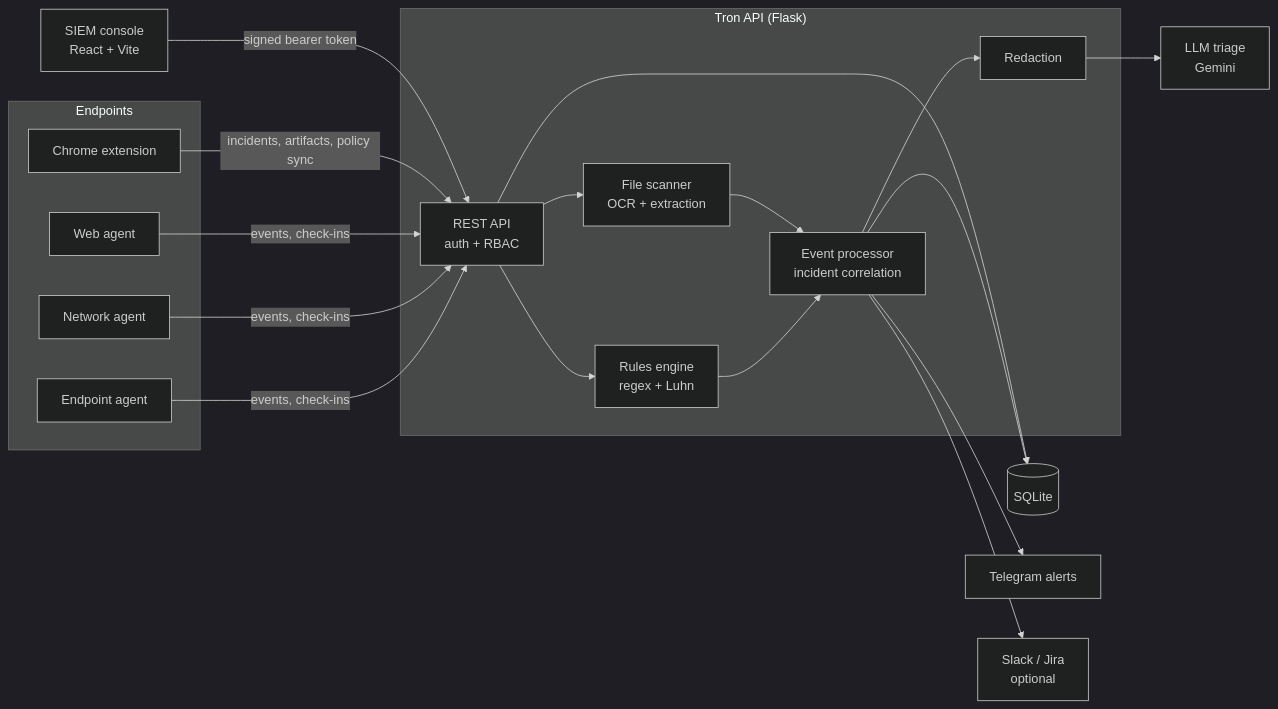
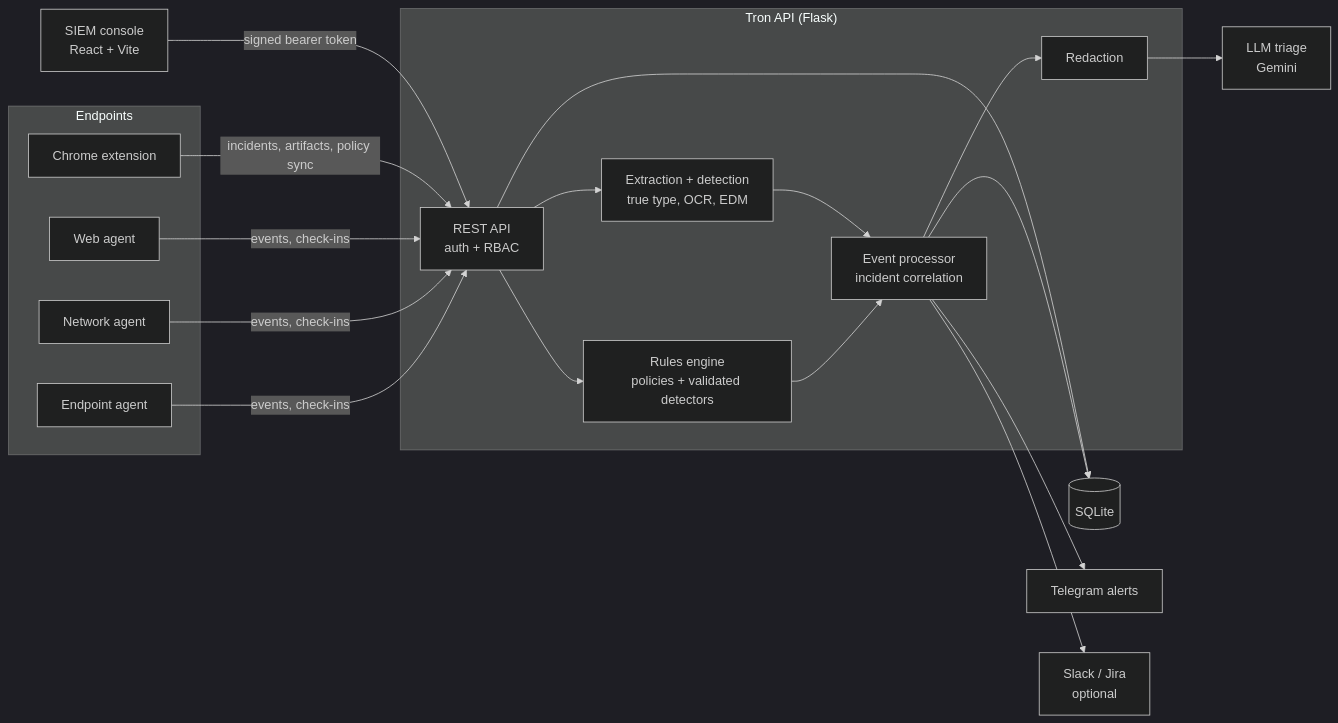
The diagram in README.md (Kathan2004/Tron-the-DLP-Agent), drawn with Mermaid (dark theme) before and after one commit. The commit also changed other lines of this file and 31 other files, not shown here.

````diff
--- a/README.md
+++ b/README.md
@@ -50,34 +64,34 @@
 ```mermaid
 flowchart LR
     subgraph Endpoints
         EA[Endpoint agent]
         NA[Network agent]
         WA[Web agent]
         EXT[Chrome extension]
     end
 
     subgraph Server["Tron API (Flask)"]
         API[REST API<br/>auth + RBAC]
-        RE[Rules engine<br/>regex + Luhn]
-        FS[File scanner<br/>OCR + extraction]
+        RE[Rules engine<br/>policies + validated detectors]
+        FS[Extraction + detection<br/>true type, OCR, EDM]
         RED[Redaction]
         EP[Event processor<br/>incident correlation]
     end
 
     DB[(SQLite)]
     CON[SIEM console<br/>React + Vite]
     LLM[LLM triage<br/>Gemini]
     TG[Telegram alerts]
     ESC[Slack / Jira<br/>optional]
 
     EA & NA & WA -- events, check-ins --> API
     EXT -- incidents, artifacts, policy sync --> API
     API --> RE --> EP
     API --> FS --> EP
     EP --> DB
     EP --> RED --> LLM
     EP --> TG
     EP --> ESC
     CON -- signed bearer token --> API
     API --> DB
 ```
````
